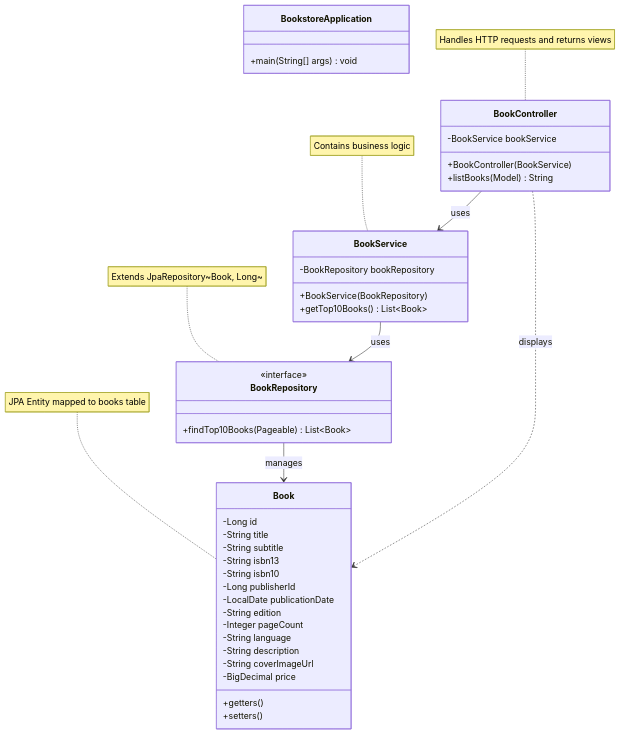
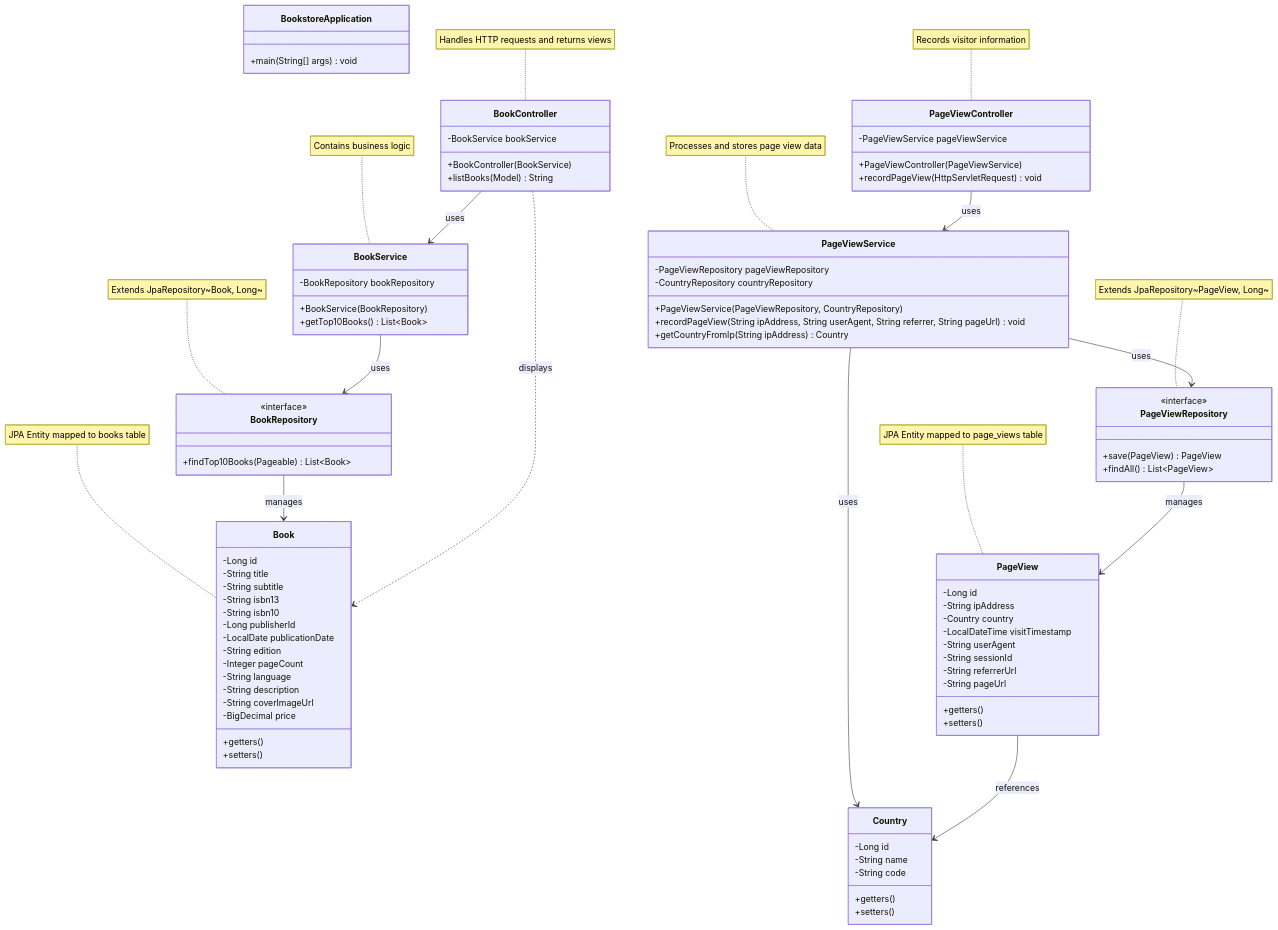
The first of 4 diagrams in docs/architecture_diagram.md (LearnWithLlew/LoadersAndSavers.java), drawn with Mermaid before and after one commit. The commit also changed other lines of this file and 9 other files, not shown here.

````diff
--- a/docs/architecture_diagram.md
+++ b/docs/architecture_diagram.md
@@ -52,14 +52,65 @@
         +getters()
         +setters()
     }
+    
+    class PageViewController {
+        -PageViewService pageViewService
+        +PageViewController(PageViewService)
+        +recordPageView(HttpServletRequest) void
+    }
+    
+    class PageViewService {
+        -PageViewRepository pageViewRepository
+        -CountryRepository countryRepository
+        +PageViewService(PageViewRepository, CountryRepository)
+        +recordPageView(String ipAddress, String userAgent, String referrer, String pageUrl) void
+        +getCountryFromIp(String ipAddress) Country
+    }
+    
+    class PageViewRepository {
+        <<interface>>
+        +save(PageView) PageView
+        +findAll() List~PageView~
+    }
+    
+    class PageView {
+        -Long id
+        -String ipAddress
+        -Country country
+        -LocalDateTime visitTimestamp
+        -String userAgent
+        -String sessionId
+        -String referrerUrl
+        -String pageUrl
+        +getters()
+        +setters()
+    }
+    
+    class Country {
+        -Long id
+        -String name
+        -String code
+        +getters()
+        +setters()
+    }
 
     BookController --> BookService : uses
     BookService --> BookRepository : uses
     BookRepository --> Book : manages
     BookController ..> Book : displays
+    
+    PageViewController --> PageViewService : uses
+    PageViewService --> PageViewRepository : uses
+    PageViewService --> Country : uses
+    PageViewRepository --> PageView : manages
+    PageView --> Country : references
 
     note for BookRepository "Extends JpaRepository~Book, Long~"
     note for BookController "Handles HTTP requests and returns views"
     note for BookService "Contains business logic"
     note for Book "JPA Entity mapped to books table"
+    note for PageViewRepository "Extends JpaRepository~PageView, Long~"
+    note for PageViewController "Records visitor information"
+    note for PageViewService "Processes and stores page view data"
+    note for PageView "JPA Entity mapped to page_views table"
 ```
````
